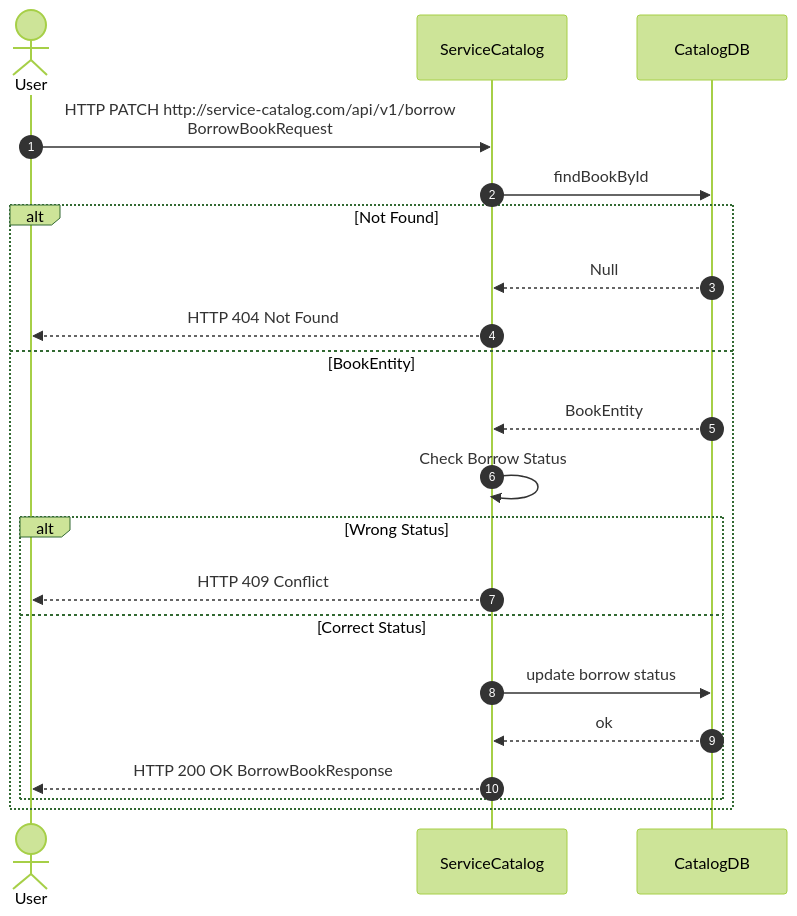
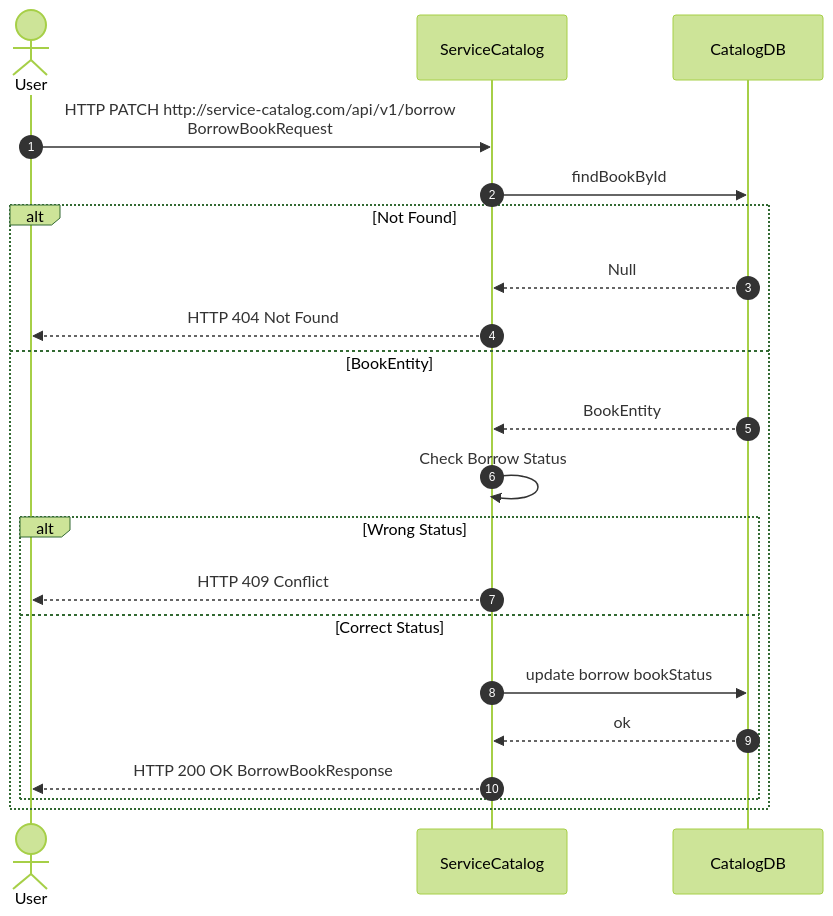
One commit to Hattatoglu/library-of-alexandria changed the diagram in service/service-catalog/documents/superseded/BF-01 Borrow Book Flow.mmd. Above: the diagram before and after it, drawn with Mermaid (forest theme). The commit also changed 64 other files, not shown here.

```diff
--- a/service/service-catalog/documents/superseded/BF-01 Borrow Book Flow.mmd
+++ b/service/service-catalog/documents/superseded/BF-01 Borrow Book Flow.mmd
@@ -1,22 +1,22 @@
 sequenceDiagram
     autonumber
     actor User
     participant ServiceCatalog
     participant CatalogDB
 
     User           ->>  ServiceCatalog      :   HTTP PATCH http://service-catalog.com/api/v1/borrow <br/>BorrowBookRequest
     ServiceCatalog ->> CatalogDB            :   findBookById
     alt Not Found
         CatalogDB -->> ServiceCatalog       :   Null
         ServiceCatalog -->> User            :   HTTP 404 Not Found
     else BookEntity
         CatalogDB -->> ServiceCatalog       :   BookEntity
         ServiceCatalog ->> ServiceCatalog   :   Check Borrow Status
         alt Wrong Status
             ServiceCatalog -->> User        :   HTTP 409 Conflict
         else Correct Status
-            ServiceCatalog ->>  CatalogDB   :   update borrow status
+            ServiceCatalog ->>  CatalogDB   :   update borrow bookStatus
             CatalogDB      -->> ServiceCatalog : ok
             ServiceCatalog -->> User        :   HTTP 200 OK BorrowBookResponse
         end
     end
```
